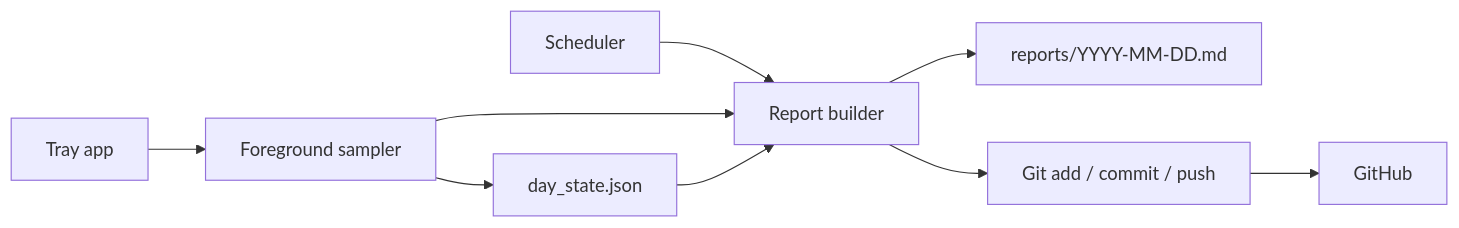
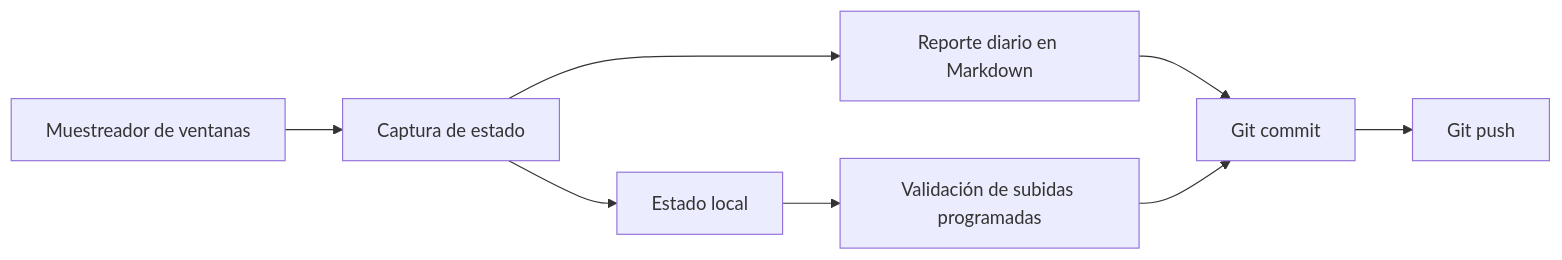
Before and after one commit to JackStar6677-1/StellarDaybook: the first of 3 diagrams in README.md, drawn with Mermaid. The commit also changed other lines of this file and 1 other file, not shown here.

````diff
--- a/README.md
+++ b/README.md
@@ -85,11 +35,10 @@
 ```mermaid
 flowchart LR
-  A[Tray app] --> B[Foreground sampler]
-  B --> C[day_state.json]
-  D[Scheduler] --> E[Report builder]
-  E --> F[reports/YYYY-MM-DD.md]
-  E --> G[Git add / commit / push]
-  G --> H[GitHub]
-  B --> E
-  C --> E
+  A["Muestreador de ventanas"] --> B["Captura de estado"]
+  B --> C["Reporte diario en Markdown"]
+  C --> D["Git commit"]
+  D --> E["Git push"]
+  B --> F["Estado local"]
+  F --> G["Validación de subidas programadas"]
+  G --> D
 ```
````
